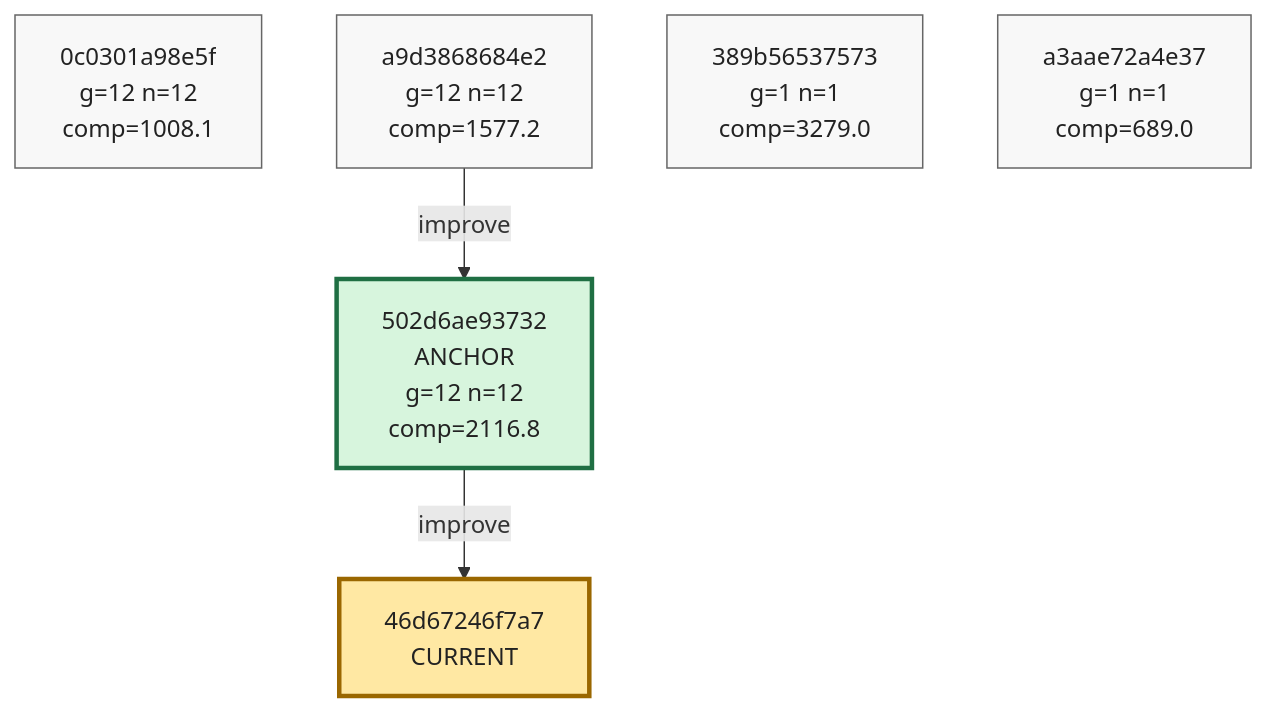
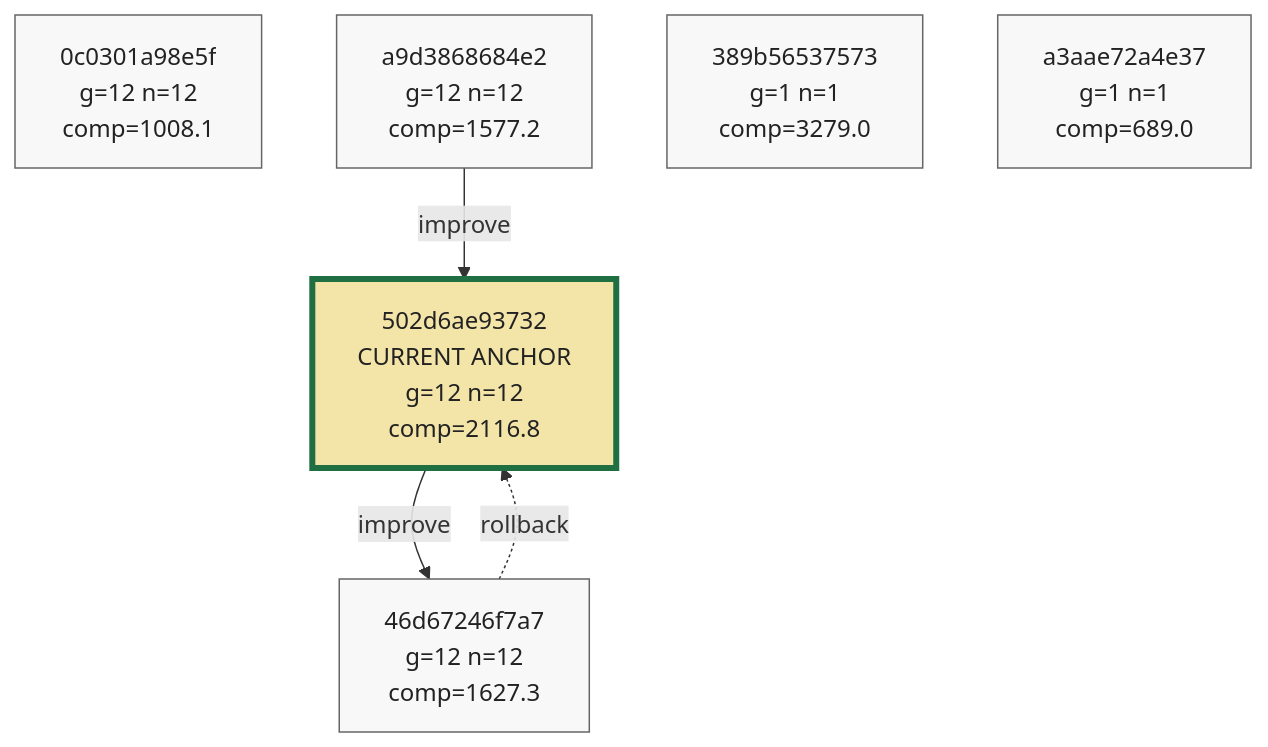
The tenth of 10 diagrams in phyrogenetic-tree.md (azumag/soviet_now), drawn with Mermaid before and after one commit. The commit also changed other lines of this file and 2 other files, not shown here.

````diff
--- a/phyrogenetic-tree.md
+++ b/phyrogenetic-tree.md
@@ -2540,24 +2541,25 @@
 ```mermaid
 flowchart TD
     h_0c0301a98e5f["0c0301a98e5f<br/>g=12 n=12<br/>comp=1008.1"]
     h_a9d3868684e2["a9d3868684e2<br/>g=12 n=12<br/>comp=1577.2"]
-    h_502d6ae93732["502d6ae93732<br/>ANCHOR<br/>g=12 n=12<br/>comp=2116.8"]
+    h_502d6ae93732["502d6ae93732<br/>CURRENT ANCHOR<br/>g=12 n=12<br/>comp=2116.8"]
+    h_46d67246f7a7["46d67246f7a7<br/>g=12 n=12<br/>comp=1627.3"]
     h_389b56537573["389b56537573<br/>g=1 n=1<br/>comp=3279.0"]
     h_a3aae72a4e37["a3aae72a4e37<br/>g=1 n=1<br/>comp=689.0"]
-    h_46d67246f7a7["46d67246f7a7<br/>CURRENT"]
 
     h_a9d3868684e2 -->|improve| h_502d6ae93732
     h_502d6ae93732 -->|improve| h_46d67246f7a7
+    h_46d67246f7a7 -. rollback .-> h_502d6ae93732
 
     classDef plain fill:#f8f8f8,stroke:#666,stroke-width:1px,color:#222;
     classDef current fill:#ffe8a3,stroke:#9a6700,stroke-width:3px,color:#222;
     classDef anchor fill:#d7f5dd,stroke:#1f6f43,stroke-width:3px,color:#222;
     classDef current_anchor fill:#f3e4a8,stroke:#1f6f43,stroke-width:4px,color:#222;
 
     class h_0c0301a98e5f plain;
     class h_a9d3868684e2 plain;
-    class h_502d6ae93732 anchor;
+    class h_502d6ae93732 current_anchor;
+    class h_46d67246f7a7 plain;
     class h_389b56537573 plain;
     class h_a3aae72a4e37 plain;
-    class h_46d67246f7a7 current;
 ```
````
